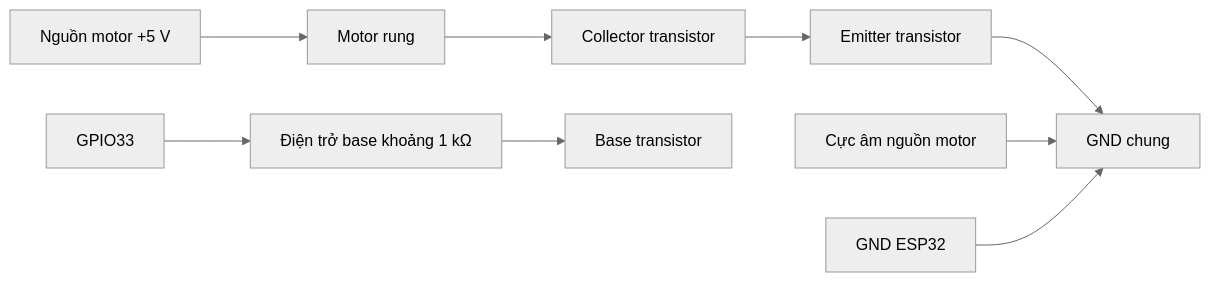
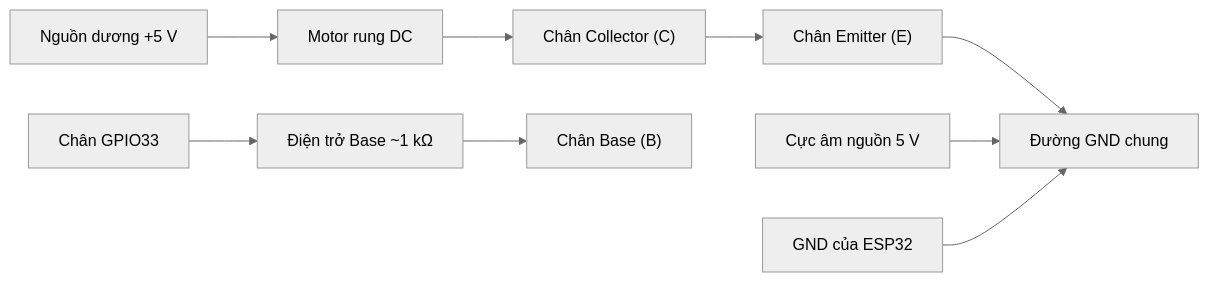
Before and after one commit to toanhy189/Driver-Monitoring-AIoT-Platform: the diagram in hardware/README.md, drawn with Mermaid (neutral theme). The commit also changed other lines of this file and 34 other files, not shown here.

````diff
--- a/hardware/README.md
+++ b/hardware/README.md
@@ -48,11 +43,11 @@
 ```mermaid
 flowchart LR
-  P["Nguồn motor +5 V"] --> M["Motor rung"]
-  M --> C["Collector transistor"]
-  C --> E["Emitter transistor"]
-  E --> G["GND chung"]
-  N["Cực âm nguồn motor"] --> G
-  EG["GND ESP32"] --> G
-  IO["GPIO33"] --> R["Điện trở base khoảng 1 kΩ"]
-  R --> B["Base transistor"]
+  P["Nguồn dương +5 V"] --> M["Motor rung DC"]
+  M --> C["Chân Collector (C)"]
+  C --> E["Chân Emitter (E)"]
+  E --> G["Đường GND chung"]
+  N["Cực âm nguồn 5 V"] --> G
+  EG["GND của ESP32"] --> G
+  IO["Chân GPIO33"] --> R["Điện trở Base ~1 kΩ"]
+  R --> B["Chân Base (B)"]
 ```
````
